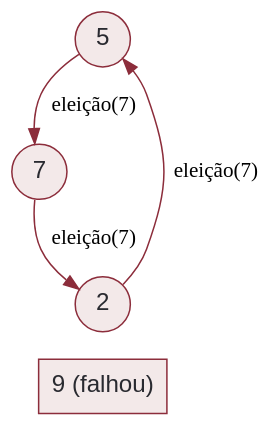
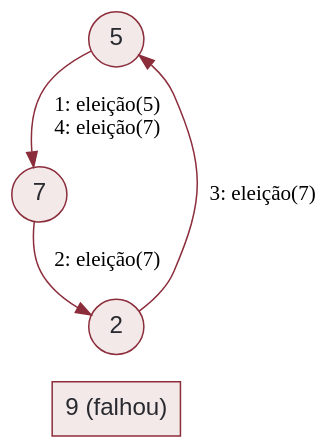
The diagram in src/content/cpd/anel-eleicao.dot (rodrgds/resumos), drawn with Graphviz before and after one commit. The commit also changed 14 other files, not shown here.

```diff
--- a/src/content/cpd/anel-eleicao.dot
+++ b/src/content/cpd/anel-eleicao.dot
@@ -1,10 +1,10 @@
 digraph Anel {
   graph [bgcolor="transparent", pad=0.3];
   node [shape=circle, style=filled, fillcolor="#f3e9e9", color="#8c2d3b", fontcolor="#292a30", fontname="Arial", fontsize=16];
   edge [color="#8c2d3b"];
-  5 -> 7 [label="eleição(7)"];
-  7 -> 2 [label="eleição(7)"];
-  2 -> 5 [label="eleição(7)"];
+  5 -> 7 [label="1: eleição(5)\n4: eleição(7)"];
+  7 -> 2 [label="2: eleição(7)"];
+  2 -> 5 [label="3: eleição(7)"];
   9 [label="9 (falhou)", shape=box];
   { rank=sink; 9; }
 }
```
